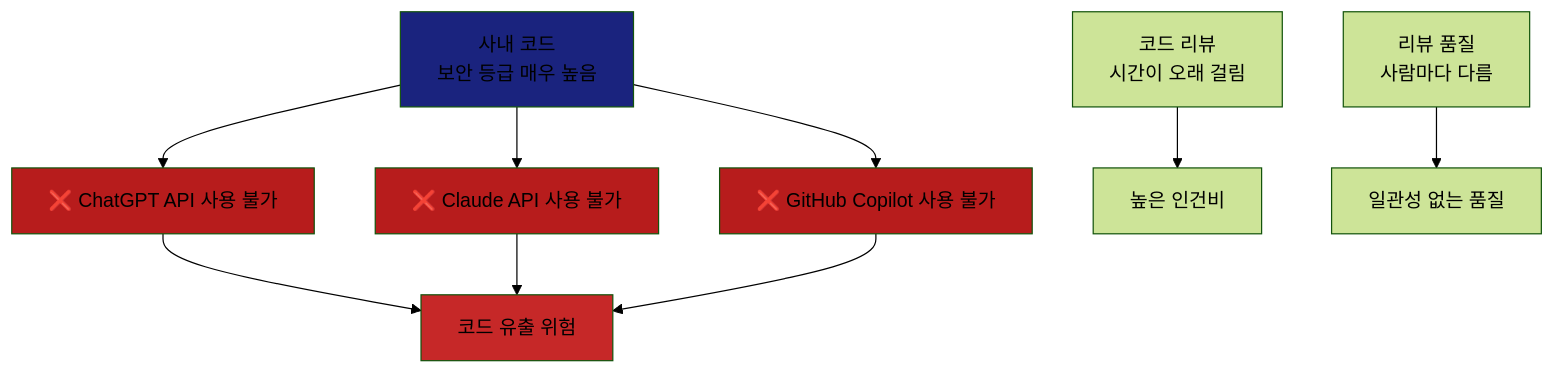
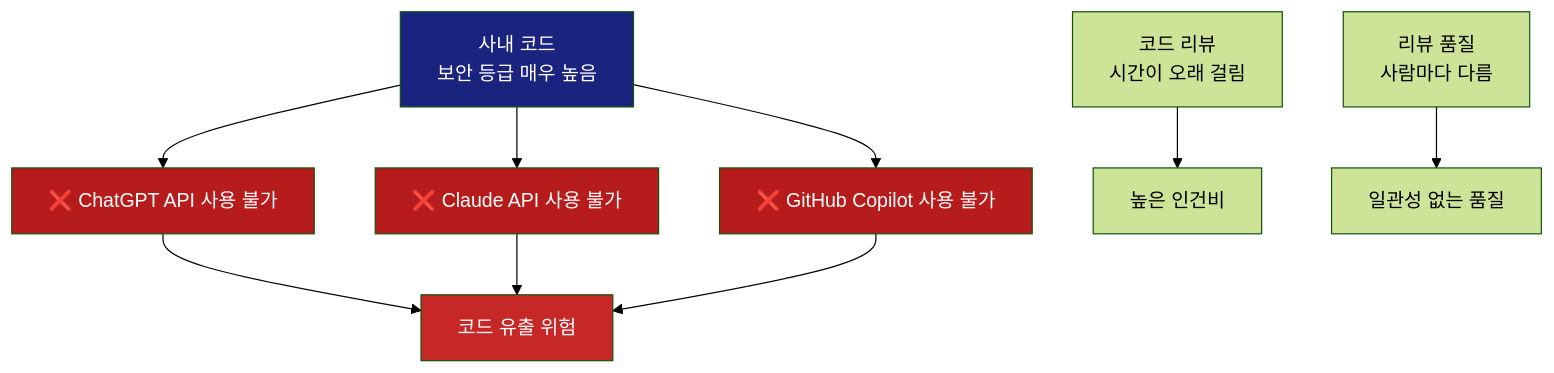
The first of 6 diagrams in docs/guides/getting-started/01-introduction.md (ApeachM/llm-code-reviewer), drawn with Mermaid (forest theme) before and after one commit. The commit also changed other lines of this file and 2 other files, not shown here.

First line of the commit message:
docs: Update Mermaid diagram colors for improved dark theme readability

````diff
--- a/docs/guides/getting-started/01-introduction.md
+++ b/docs/guides/getting-started/01-introduction.md
@@ -23,23 +23,23 @@
 ```mermaid
 graph TB
     Problem1[사내 코드<br/>보안 등급 매우 높음]
     Problem2[코드 리뷰<br/>시간이 오래 걸림]
     Problem3[리뷰 품질<br/>사람마다 다름]
 
     Problem1 --> Block1[❌ ChatGPT API 사용 불가]
     Problem1 --> Block2[❌ Claude API 사용 불가]
     Problem1 --> Block3[❌ GitHub Copilot 사용 불가]
 
     Block1 --> Risk[코드 유출 위험]
     Block2 --> Risk
     Block3 --> Risk
 
     Problem2 --> Cost[높은 인건비]
     Problem3 --> Quality[일관성 없는 품질]
 
-    style Problem1 fill:#1a237e
-    style Block1 fill:#b71c1c
-    style Block2 fill:#b71c1c
-    style Block3 fill:#b71c1c
-    style Risk fill:#c62828
+    style Problem1 fill:#1a237e,color:#fff
+    style Block1 fill:#b71c1c,color:#fff
+    style Block2 fill:#b71c1c,color:#fff
+    style Block3 fill:#b71c1c,color:#fff
+    style Risk fill:#c62828,color:#fff
 ```
````
